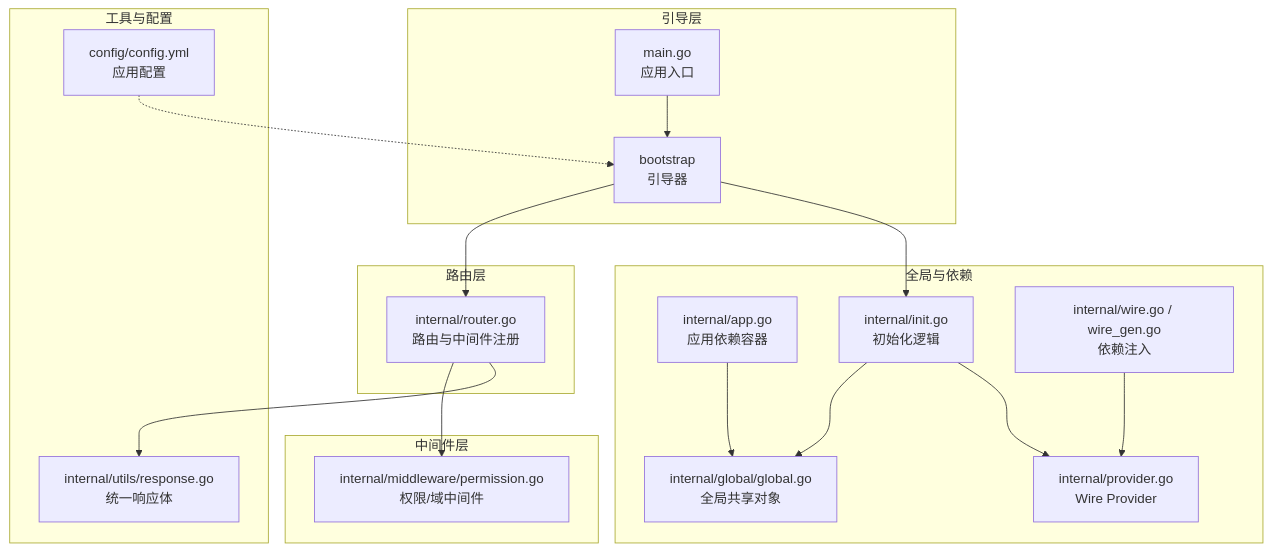
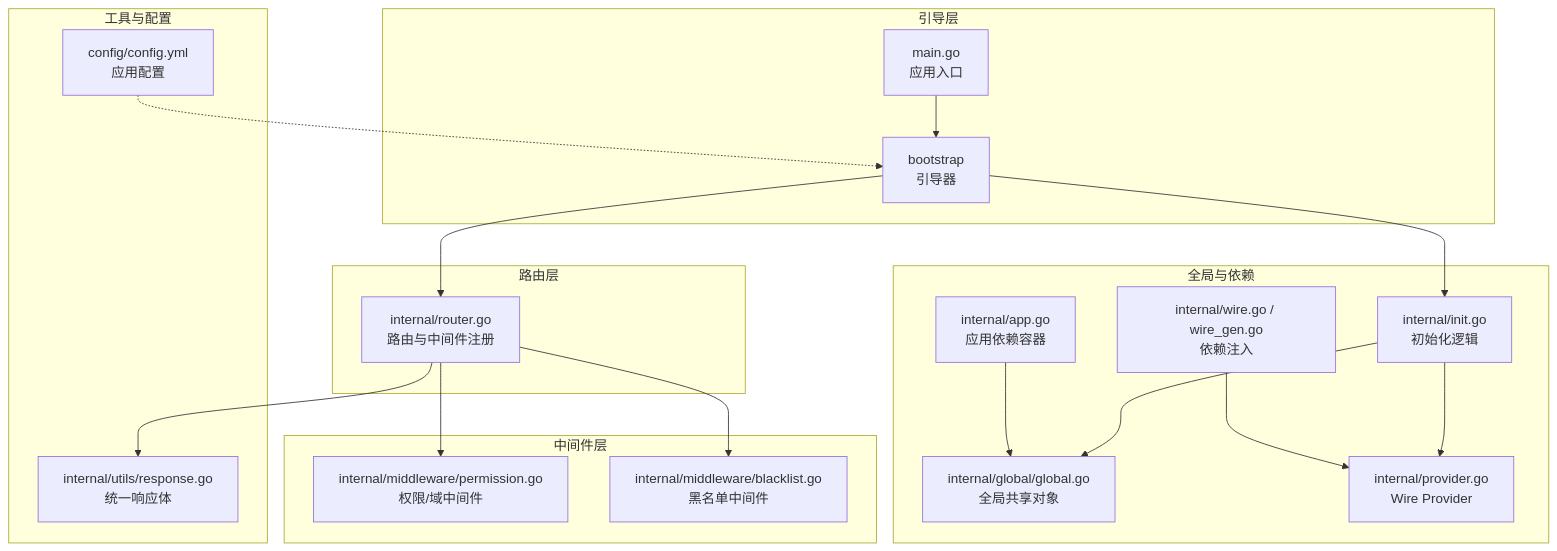
One commit to wuwuseo/e-sports-go-admin changed the first of 7 diagrams in .qoder/repowiki/zh/content/扩展开发/中间件扩展.md. Above: the diagram before and after it, drawn with Mermaid. The commit also changed other lines of this file and 42 other files, not shown here.

````diff
--- a/.qoder/repowiki/zh/content/扩展开发/中间件扩展.md
+++ b/.qoder/repowiki/zh/content/扩展开发/中间件扩展.md
@@ -39,34 +42,36 @@
 ```mermaid
 graph TB
 subgraph "引导层"
 M["main.go<br/>应用入口"]
 B["bootstrap<br/>引导器"]
 end
 subgraph "路由层"
 R["internal/router.go<br/>路由与中间件注册"]
 end
 subgraph "中间件层"
 PM["internal/middleware/permission.go<br/>权限/域中间件"]
+BM["internal/middleware/blacklist.go<br/>黑名单中间件"]
 end
 subgraph "工具与配置"
 CFG["config/config.yml<br/>应用配置"]
 RESP["internal/utils/response.go<br/>统一响应体"]
 end
 subgraph "全局与依赖"
 APP["internal/app.go<br/>应用依赖容器"]
 INIT["internal/init.go<br/>初始化逻辑"]
 GLOBAL["internal/global/global.go<br/>全局共享对象"]
 WIRE["internal/wire.go / wire_gen.go<br/>依赖注入"]
 PROVIDER["internal/provider.go<br/>Wire Provider"]
 end
 M --> B
 B --> R
 R --> PM
+R --> BM
 R --> RESP
 B --> INIT
 INIT --> GLOBAL
 INIT --> PROVIDER
 WIRE --> PROVIDER
 APP --> GLOBAL
 CFG -.-> B
 ```
````
